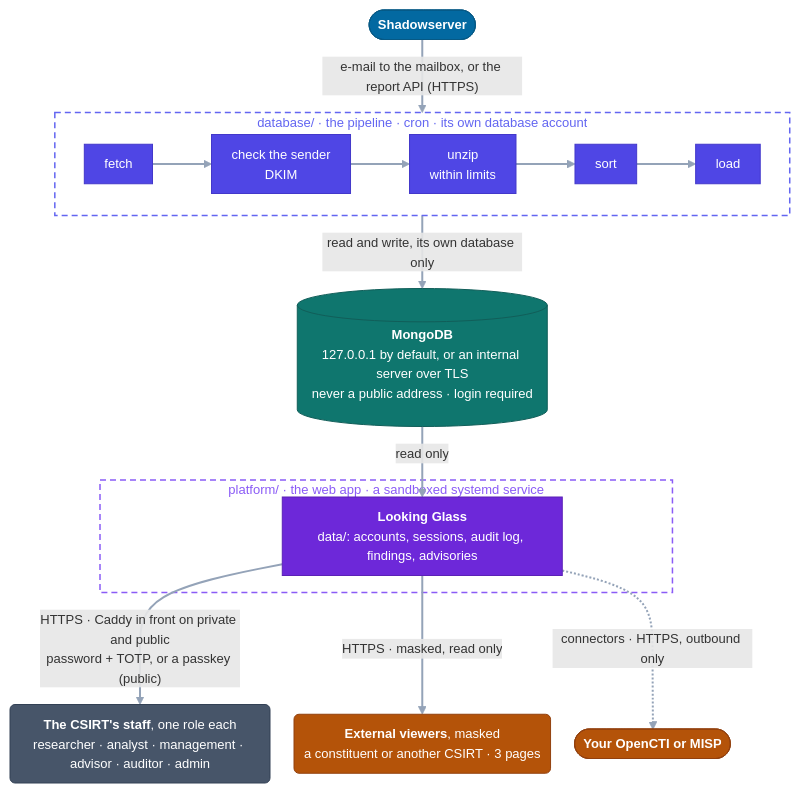
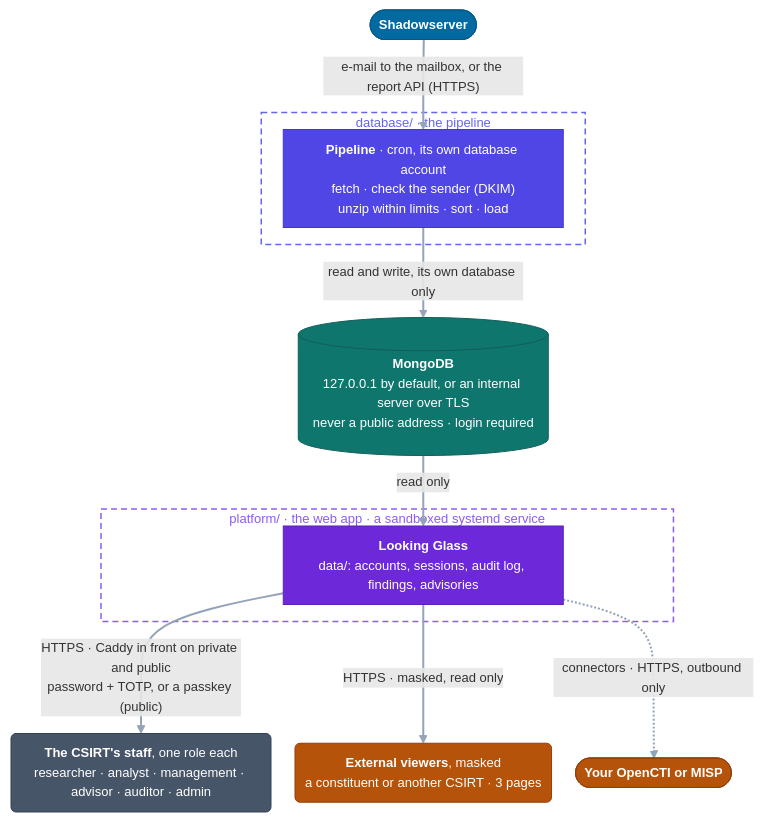
Before and after one commit to anonghosty/looking-glass: the diagram in docs/ARCHITECTURE.md, drawn with Mermaid. The commit also changed 1 other file, not shown here.

Commit message:
Docs: narrow diagrams that GitHub draws at full size
How it works and the architecture keep to two boxes side by side (the CSIRT's roles in one box, the pipeline's
steps in one box), so GitHub no longer shrinks them; the README text names external viewers as the roles do.

````diff
--- a/docs/ARCHITECTURE.md
+++ b/docs/ARCHITECTURE.md
@@ -17,31 +17,30 @@
 ```mermaid
 %%{init: {"themeVariables": {"fontSize": "13px"}, "flowchart": {"curve": "basis", "nodeSpacing": 24, "rankSpacing": 34, "padding": 10, "wrappingWidth": 240}}}%%
 flowchart TD
     SS(["<b>Shadowserver</b>"]):::src
-    subgraph DB["database/ · the pipeline · cron · its own database account"]
-        direction LR
-        F1["fetch"]:::pipe --> F2["check the sender<br/>DKIM"]:::pipe --> F3["unzip<br/>within limits"]:::pipe --> F4["sort"]:::pipe --> F5["load"]:::pipe
+    subgraph DB["database/ · the pipeline"]
+        F1["<b>Pipeline</b> · cron, its own database account<br/>fetch · check the sender (DKIM)<br/>unzip within limits · sort · load"]:::pipe
     end
     M[("<b>MongoDB</b><br/>127.0.0.1 by default, or an internal server over TLS<br/>never a public address · login required")]:::db
     subgraph PF["platform/ · the web app · a sandboxed systemd service"]
         W["<b>Looking Glass</b><br/>data/: accounts, sessions, audit log, findings, advisories"]:::app
     end
     B("<b>The CSIRT's staff</b>, one role each<br/>researcher · analyst · management · advisor · auditor · admin"):::people
     E("<b>External viewers</b>, masked<br/>a constituent or another CSIRT · 3 pages"):::ext
     C(["<b>Your OpenCTI or MISP</b>"]):::ext
     SS -- "e-mail to the mailbox, or the report API (HTTPS)" --> F1
-    F5 -- "read and write, its own database only" --> M
+    F1 -- "read and write, its own database only" --> M
     M -- "read only" --> W
     W -- "HTTPS · Caddy in front on private and public<br/>password + TOTP, or a passkey (public)" --> B
     W -- "HTTPS · masked, read only" --> E
     W -. "connectors · HTTPS, outbound only" .-> C
     classDef src fill:#0369a1,stroke:#075985,color:#fff
     classDef pipe fill:#4f46e5,stroke:#4338ca,color:#fff
     classDef db fill:#0f766e,stroke:#115e59,color:#fff
     classDef app fill:#6d28d9,stroke:#5b21b6,color:#fff
     classDef people fill:#475569,stroke:#334155,color:#fff
     classDef ext fill:#b45309,stroke:#92400e,color:#fff
     linkStyle default stroke:#94a3b8,stroke-width:2px
     style DB fill:transparent,stroke:#6366f1,stroke-width:1.5px,stroke-dasharray:6 4,color:#6366f1
     style PF fill:transparent,stroke:#8b5cf6,stroke-width:1.5px,stroke-dasharray:6 4,color:#8b5cf6
 ```
````
